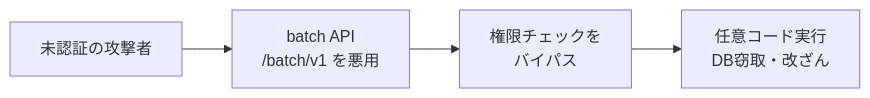
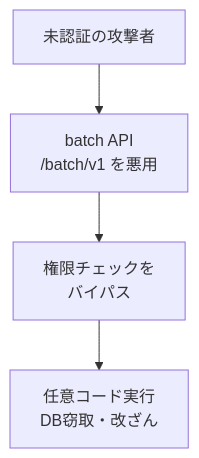
One commit to newbee1939/knowledge-flow changed the diagram in docs/blog/posts/2026-07-19.md. Above: the diagram before and after it, drawn with Mermaid. The commit also changed 23 other files, not shown here.

First line of the commit message:
style: Mermaid 図を縦向きにして本文幅に収める

````diff
--- a/docs/blog/posts/2026-07-19.md
+++ b/docs/blog/posts/2026-07-19.md
@@ -96,6 +96,6 @@
 ```mermaid
-flowchart LR
+flowchart TD
     A[未認証の攻撃者] --> B[batch API<br>/batch/v1 を悪用]
     B --> C[権限チェックを<br>バイパス]
     C --> D[任意コード実行<br>DB窃取・改ざん]
 ```
````
